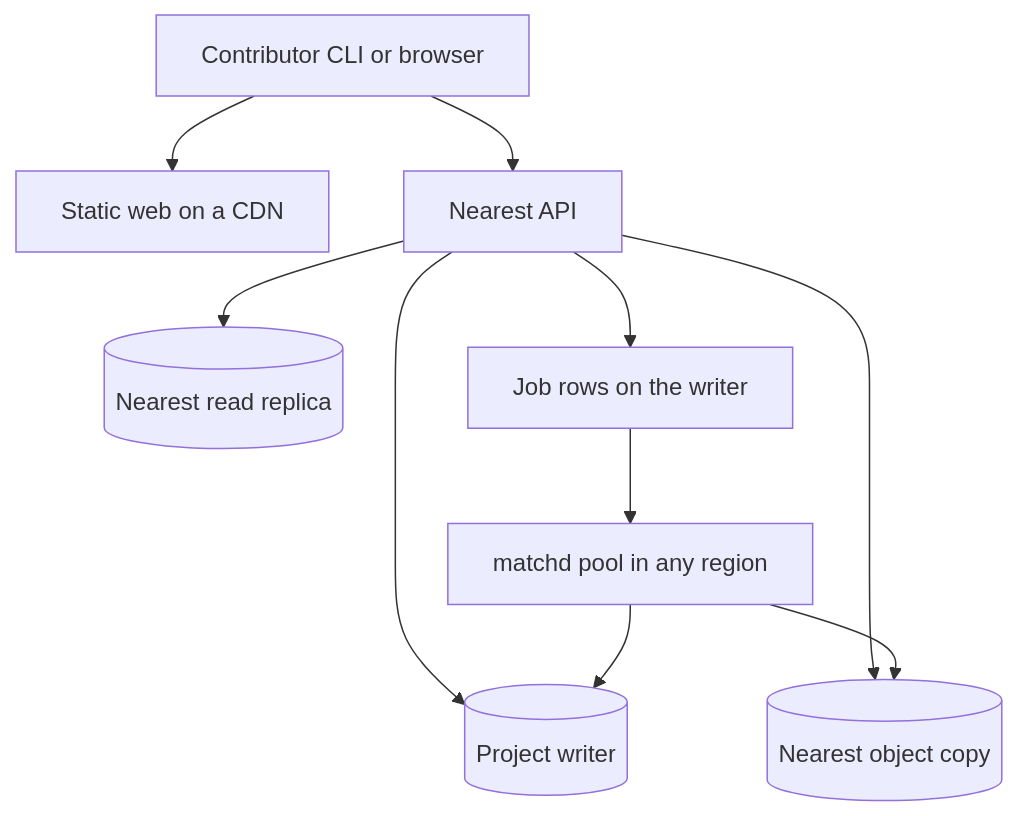
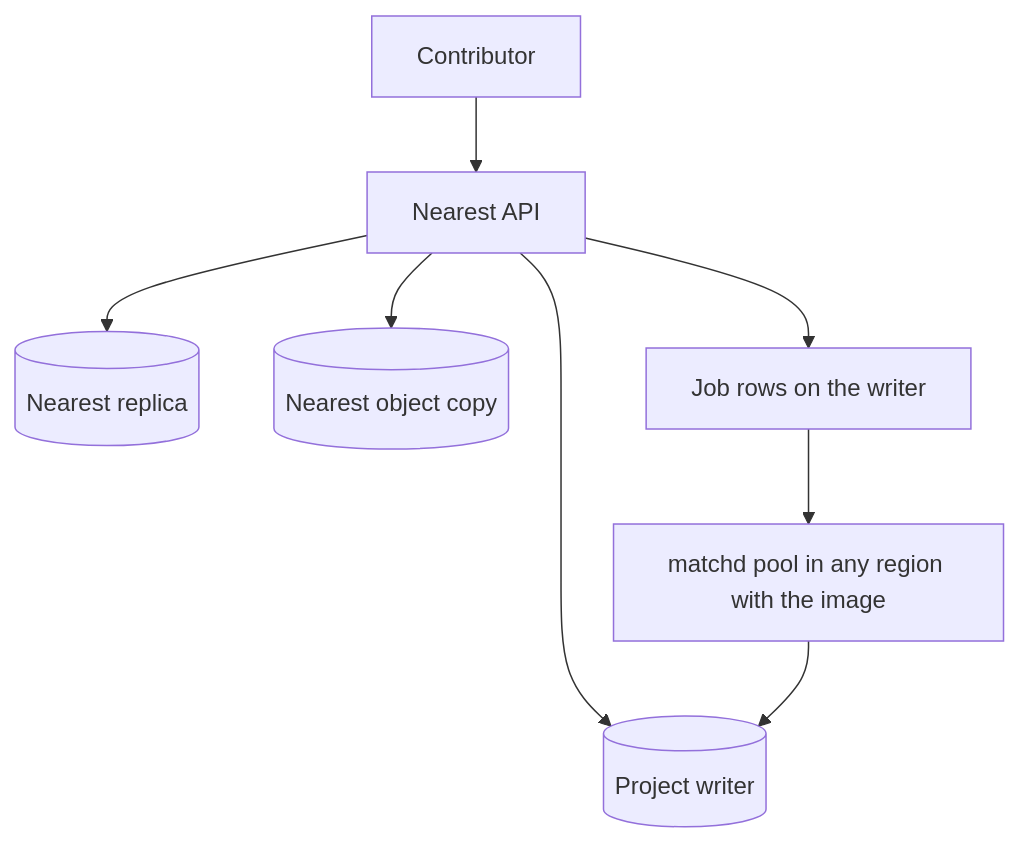
One commit to Nick-McCarthy/re-hydra changed the second of 2 diagrams in docs/architecture.md. Above: the diagram before and after it, drawn with Mermaid. The commit also changed other lines of this file and 168 other files, not shown here.

````diff
--- a/docs/architecture.md
+++ b/docs/architecture.md
@@ -45,14 +133,10 @@
 ```mermaid
 flowchart TB
-  contributor[Contributor CLI or browser]
-  cdn[Static web on a CDN]
-  contributor --> cdn
-  contributor --> api[Nearest API]
+  contributor[Contributor] --> api[Nearest API]
   api --> writer[(Project writer)]
-  api --> replica[(Nearest read replica)]
+  api --> replica[(Nearest replica)]
   api --> objects[(Nearest object copy)]
   api --> jobs[Job rows on the writer]
-  jobs --> matchd[matchd pool in any region]
+  jobs --> matchd[matchd pool in any region with the image]
   matchd --> writer
-  matchd --> objects
 ```
````
